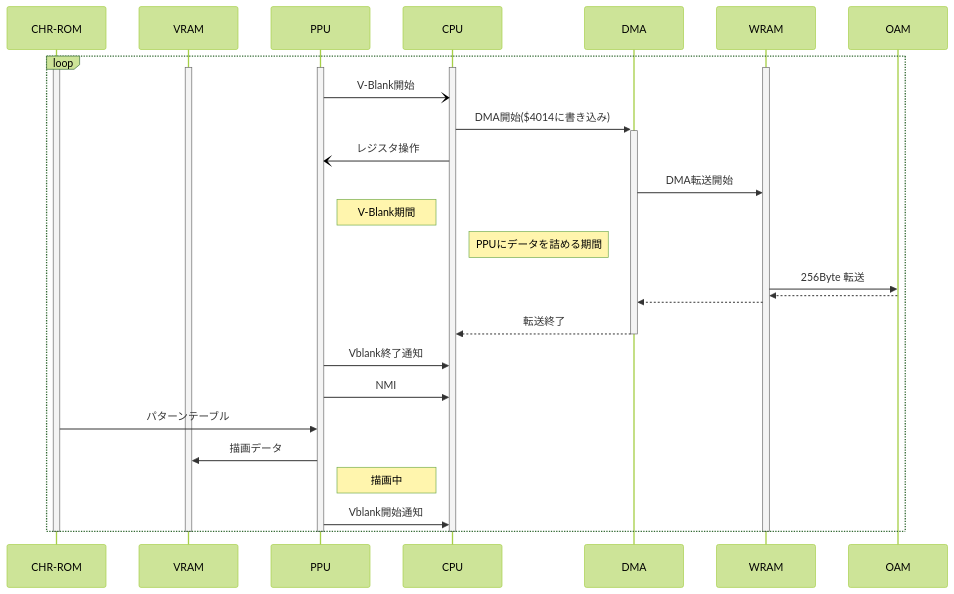
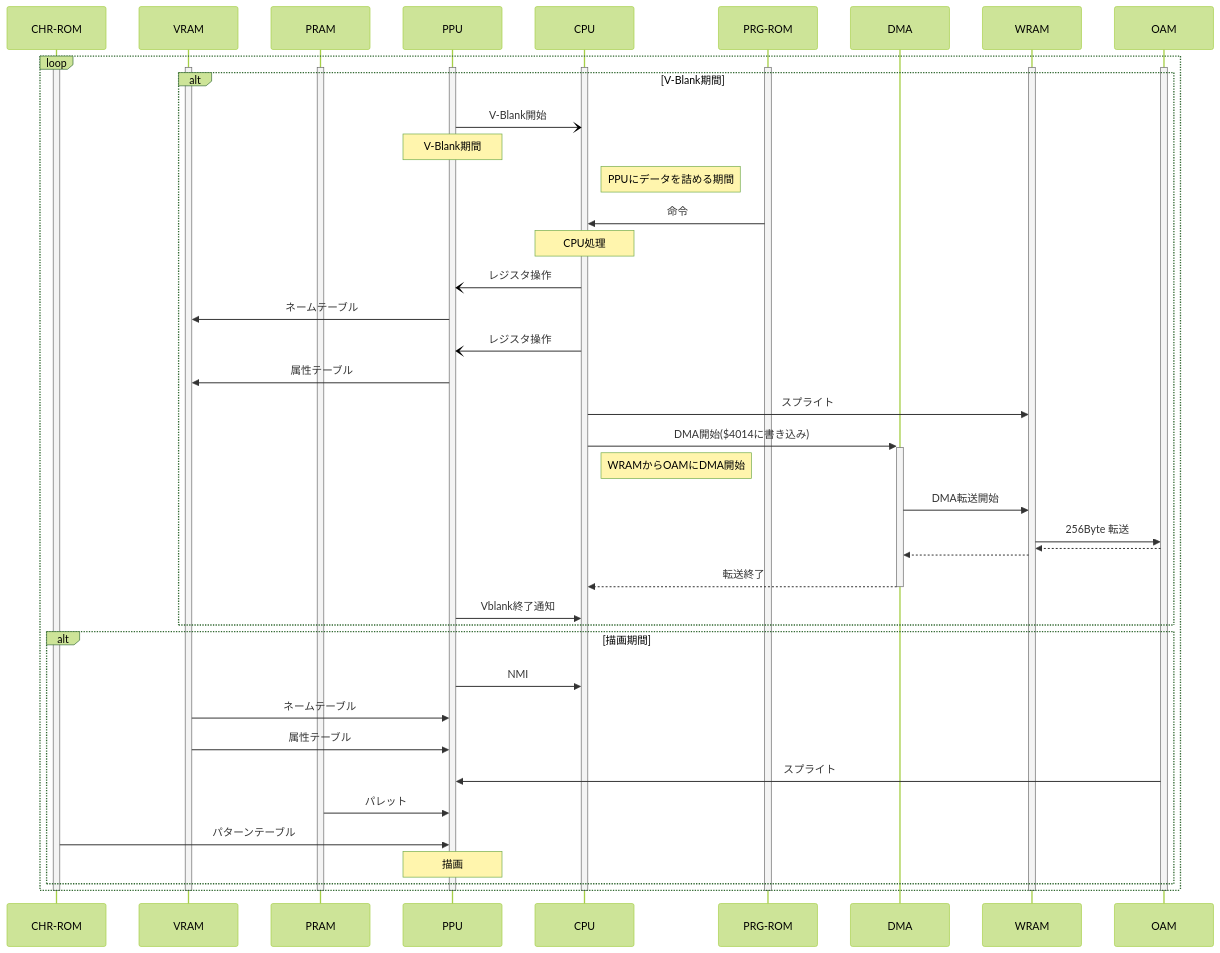
Before and after one commit to mqy0iInu/rscom: the second of 2 diagrams in README.md, drawn with Mermaid (forest theme). The commit also changed other lines of this file and 3 other files, not shown here.

````diff
--- a/README.md
+++ b/README.md
@@ -55,43 +60,64 @@
 ```mermaid
 sequenceDiagram
     participant CHR-ROM
     participant VRAM
+    participant PRAM
     participant PPU
     participant CPU
+    participant PRG-ROM
     participant DMA
     participant WRAM
     participant OAM
 
     loop
       activate CHR-ROM
       activate VRAM
+      activate PRAM
       activate PPU
       activate CPU
+      activate PRG-ROM
       activate WRAM
+      activate OAM
 
-      PPU -) CPU: V-Blank開始
-      CPU->> +DMA: DMA開始($4014に書き込み)
-      CPU-)PPU: レジスタ操作
-      DMA->>WRAM: DMA転送開始
-      Note right of PPU: V-Blank期間
-      Note right of CPU:PPUにデータを詰める期間
-      WRAM->>OAM: 256Byte 転送
-      OAM-->>WRAM: 
-      WRAM-->>DMA: 
-      DMA-->>CPU: 転送終了
-      deactivate DMA
+      alt V-Blank期間
+        PPU -) CPU: V-Blank開始
+        Note over PPU: V-Blank期間
+        Note right of CPU:PPUにデータを詰める期間
+        PRG-ROM->>CPU: 命令
+        Note over CPU: CPU処理
+        CPU-)PPU: レジスタ操作
+        PPU->>VRAM: ネームテーブル
+        CPU-)PPU: レジスタ操作
+        PPU->>VRAM: 属性テーブル
+        CPU->>WRAM: スプライト
+        CPU->> +DMA: DMA開始($4014に書き込み)
+        Note right of CPU:WRAMからOAMにDMA開始
+        DMA->>WRAM: DMA転送開始
+        WRAM->>OAM: 256Byte 転送
+        OAM-->>WRAM: 
+        WRAM-->>DMA: 
+        DMA-->>CPU: 転送終了
+        deactivate DMA
+        PPU->>CPU: Vblank終了通知
+      end
 
-      PPU->>CPU: Vblank終了通知
-      PPU->>CPU: NMI
-      CHR-ROM->>PPU: パターンテーブル
-      PPU->>VRAM: 描画データ
-      Note right of PPU: 描画中
-      PPU->>CPU: Vblank開始通知
+      alt 描画期間
+        PPU->>CPU: NMI
+        VRAM->>PPU: ネームテーブル
+        VRAM->>PPU: 属性テーブル
+        OAM->>PPU: スプライト
+        PRAM->>PPU: パレット
+        CHR-ROM->>PPU: パターンテーブル
+        Note over PPU: 描画
+      end
     end
 
     deactivate CHR-ROM
     deactivate VRAM
+    deactivate PRAM
     deactivate PPU
     deactivate CPU
+    deactivate PRG-ROM
     deactivate WRAM
+    deactivate OAM
 ```
````
